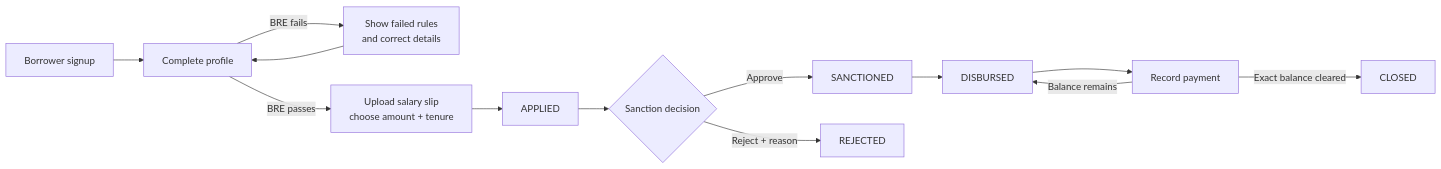
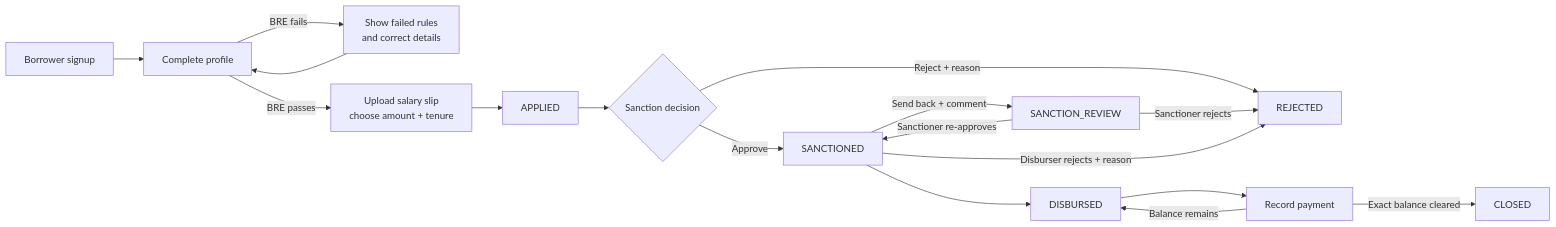
Before and after one commit to soumyarajbag/CreditSea-Assessment: the third of 3 diagrams in README.md, drawn with Mermaid. The commit also changed other lines of this file and 3 other files, not shown here.

````diff
--- a/README.md
+++ b/README.md
@@ -90,15 +102,19 @@
 ```mermaid
 flowchart LR
     Signup["Borrower signup"] --> Profile["Complete profile"]
     Profile -->|"BRE fails"| Fix["Show failed rules<br/>and correct details"]
     Fix --> Profile
     Profile -->|"BRE passes"| Apply["Upload salary slip<br/>choose amount + tenure"]
     Apply --> Applied["APPLIED"]
     Applied --> Decision{Sanction decision}
     Decision -->|Approve| Sanctioned["SANCTIONED"]
     Decision -->|Reject + reason| Rejected["REJECTED"]
+    Sanctioned -->|Send back + comment| Review["SANCTION_REVIEW"]
+    Review -->|Sanctioner re-approves| Sanctioned
+    Review -->|Sanctioner rejects| Rejected
+    Sanctioned -->|Disburser rejects + reason| Rejected
     Sanctioned --> Disbursed["DISBURSED"]
     Disbursed --> Payment["Record payment"]
     Payment -->|"Balance remains"| Disbursed
     Payment -->|"Exact balance cleared"| Closed["CLOSED"]
 ```
````
